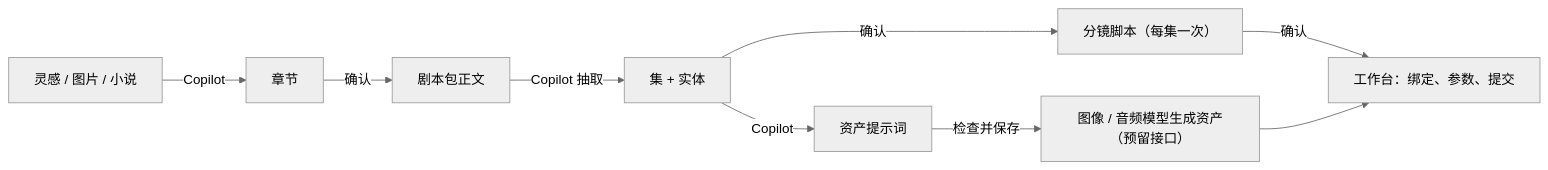
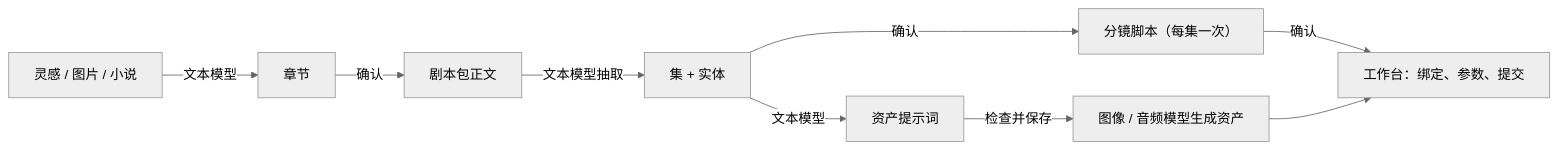
Before and after one commit to sengbin/ai-video-studio: the fourth of 11 diagrams in docs/ARCHITECTURE.md, drawn with Mermaid (neutral theme). The commit also changed other lines of this file and 97 other files, not shown here.

````diff
--- a/docs/ARCHITECTURE.md
+++ b/docs/ARCHITECTURE.md
@@ -363,11 +370,11 @@
 ```mermaid
 flowchart LR
-  A["灵感 / 图片 / 小说"] -->|Copilot| B["章节"]
+  A["灵感 / 图片 / 小说"] -->|文本模型| B["章节"]
   B -->|确认| C["剧本包正文"]
-  C -->|Copilot 抽取| D["集 + 实体"]
+  C -->|文本模型抽取| D["集 + 实体"]
   D -->|确认| E["分镜脚本（每集一次）"]
   E -->|确认| G["工作台：绑定、参数、提交"]
-  D -->|Copilot| F["资产提示词"]
-  F -->|检查并保存| H["图像 / 音频模型生成资产（预留接口）"]
+  D -->|文本模型| F["资产提示词"]
+  F -->|检查并保存| H["图像 / 音频模型生成资产"]
   H --> G
 ```
````
